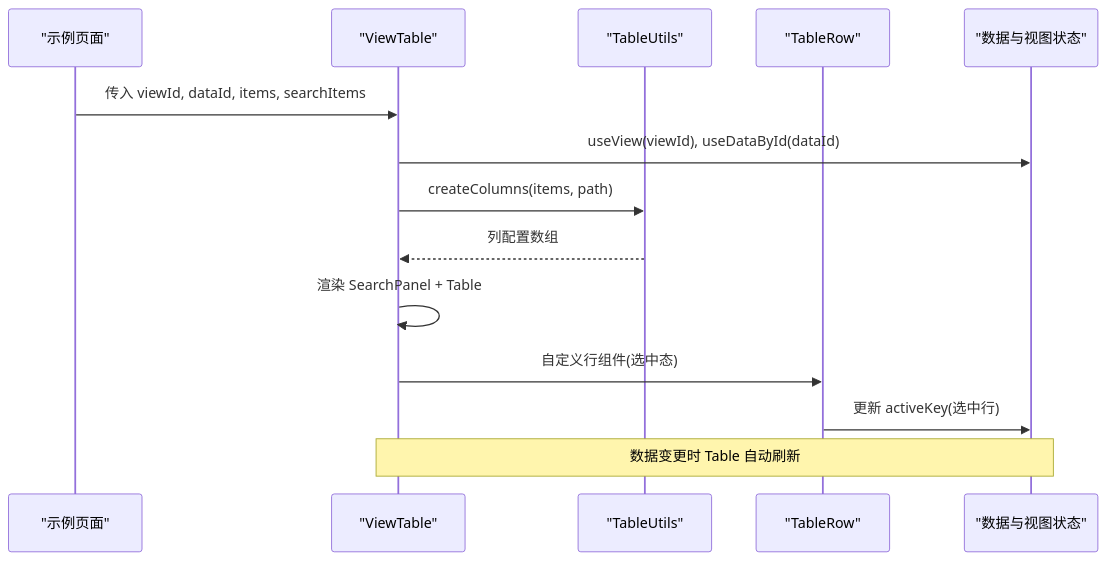
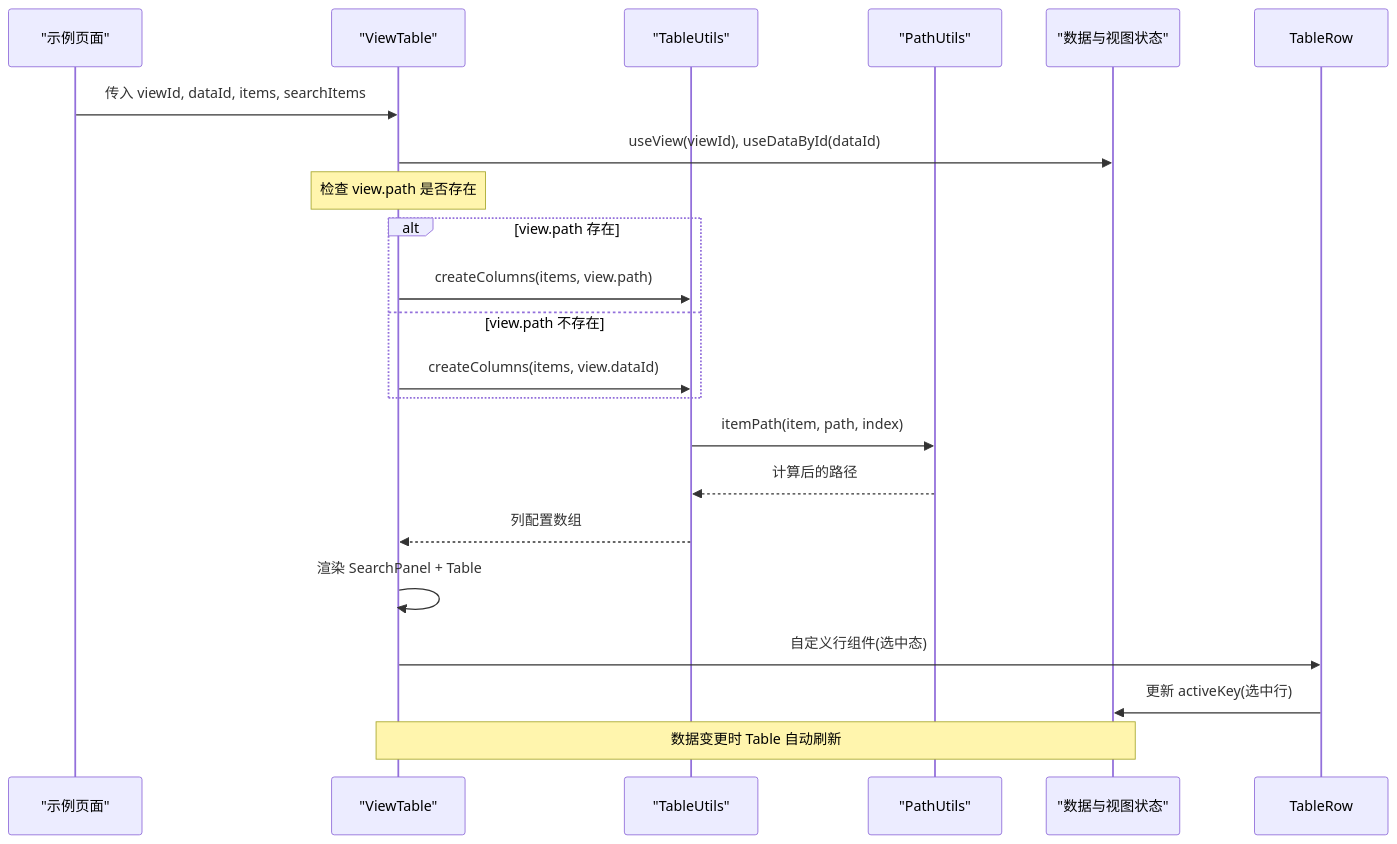
One commit to liqiongke/FrontArk changed the second of 8 diagrams in .qoder/repowiki/zh/content/组件库/数据组件/表格组件.md. Above: the diagram before and after it, drawn with Mermaid. The commit also changed other lines of this file and 6 other files, not shown here.

````diff
--- a/.qoder/repowiki/zh/content/组件库/数据组件/表格组件.md
+++ b/.qoder/repowiki/zh/content/组件库/数据组件/表格组件.md
@@ -89,16 +108,23 @@
 ```mermaid
 sequenceDiagram
 participant Page as "示例页面"
 participant View as "ViewTable"
 participant Utils as "TableUtils"
-participant Row as "TableRow"
+participant PathUtil as "PathUtils"
 participant Store as "数据与视图状态"
 Page->>View : 传入 viewId, dataId, items, searchItems
 View->>Store : useView(viewId), useDataById(dataId)
-View->>Utils : createColumns(items, path)
+Note over View : 检查 view.path 是否存在
+alt view.path 存在
+View->>Utils : createColumns(items, view.path)
+else view.path 不存在
+View->>Utils : createColumns(items, view.dataId)
+end
+Utils->>PathUtil : itemPath(item, path, index)
+PathUtil-->>Utils : 计算后的路径
 Utils-->>View : 列配置数组
 View->>View : 渲染 SearchPanel + Table
-View->>Row : 自定义行组件(选中态)
-Row->>Store : 更新 activeKey(选中行)
+View->>TableRow : 自定义行组件(选中态)
+TableRow->>Store : 更新 activeKey(选中行)
 Note over View,Store : 数据变更时 Table 自动刷新
 ```
````
